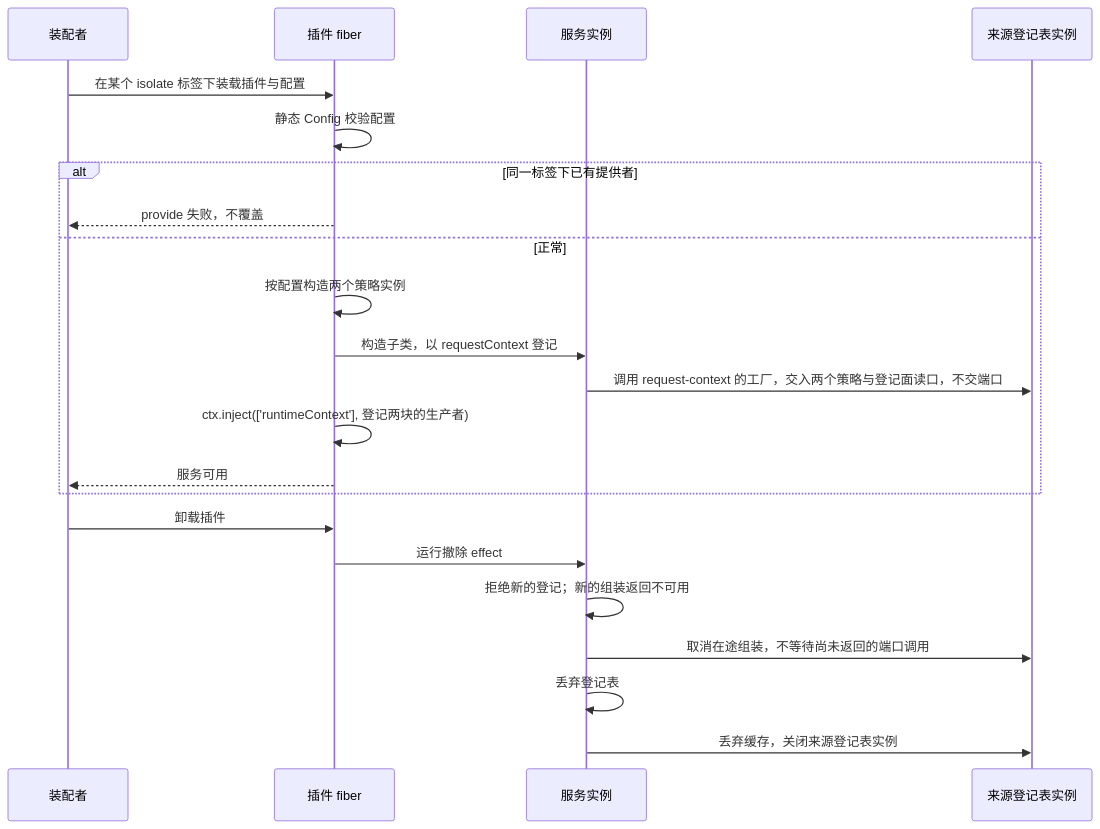
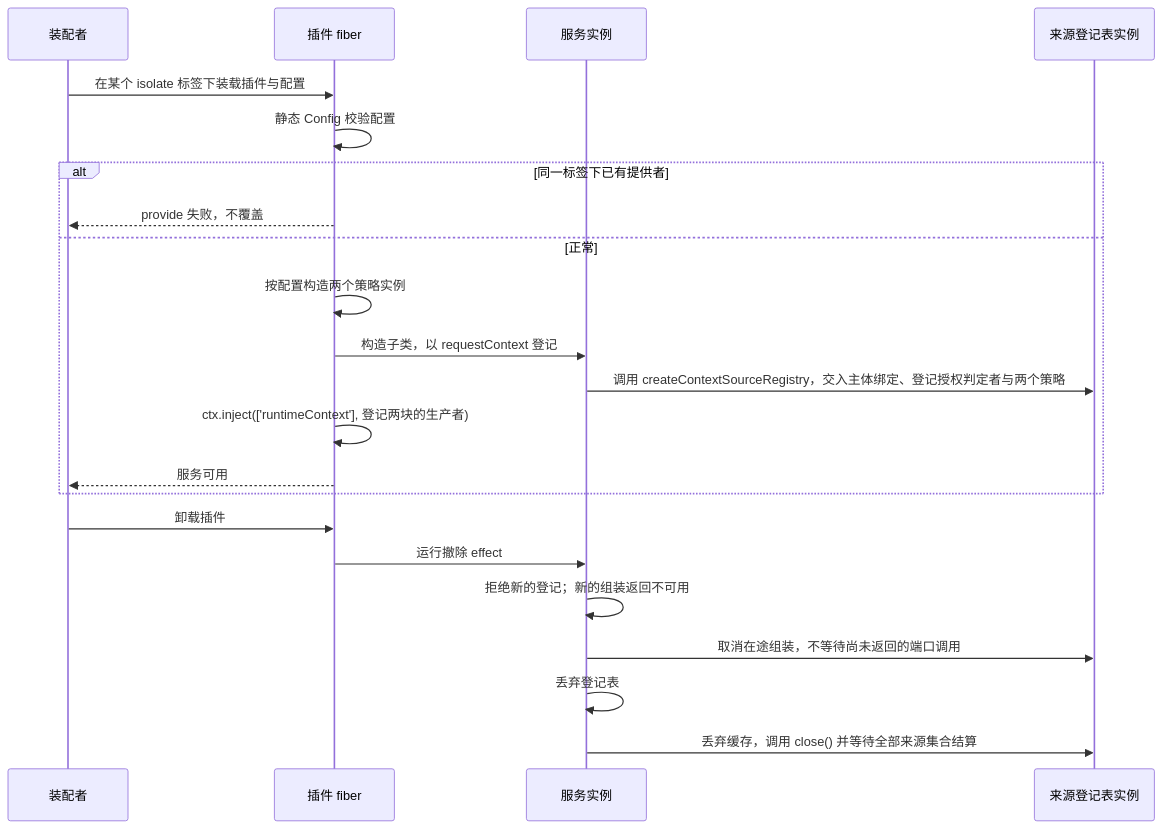
The first of 3 diagrams in packages/context/request-context-cordis/docs/flows.md (nemori-ai/omne-harness-lite), drawn with Mermaid before and after one commit. The commit also changed 4 other files, not shown here.

First line of the commit message:
docs(context): #750 复核修复：撤除次序补 close() 与等待结算，时序图同步

````diff
--- a/packages/context/request-context-cordis/docs/flows.md
+++ b/packages/context/request-context-cordis/docs/flows.md
@@ -13,24 +13,24 @@
 ```mermaid
 sequenceDiagram
   participant A as 装配者
   participant F as 插件 fiber
   participant S as 服务实例
   participant M as 来源登记表实例
   A->>F: 在某个 isolate 标签下装载插件与配置
   F->>F: 静态 Config 校验配置
   alt 同一标签下已有提供者
     F-->>A: provide 失败，不覆盖
   else 正常
     F->>F: 按配置构造两个策略实例
     F->>S: 构造子类，以 requestContext 登记
-    S->>M: 调用 request-context 的工厂，交入两个策略与登记面读口，不交端口
+    S->>M: 调用 createContextSourceRegistry，交入主体绑定、登记授权判定者与两个策略
     F->>F: ctx.inject(['runtimeContext'], 登记两块的生产者)
     F-->>A: 服务可用
   end
   A->>F: 卸载插件
   F->>S: 运行撤除 effect
   S->>S: 拒绝新的登记；新的组装返回不可用
   S->>M: 取消在途组装，不等待尚未返回的端口调用
   S->>S: 丢弃登记表
-  S->>M: 丢弃缓存，关闭来源登记表实例
+  S->>M: 丢弃缓存，调用 close() 并等待全部来源集合结算
 ```
````
